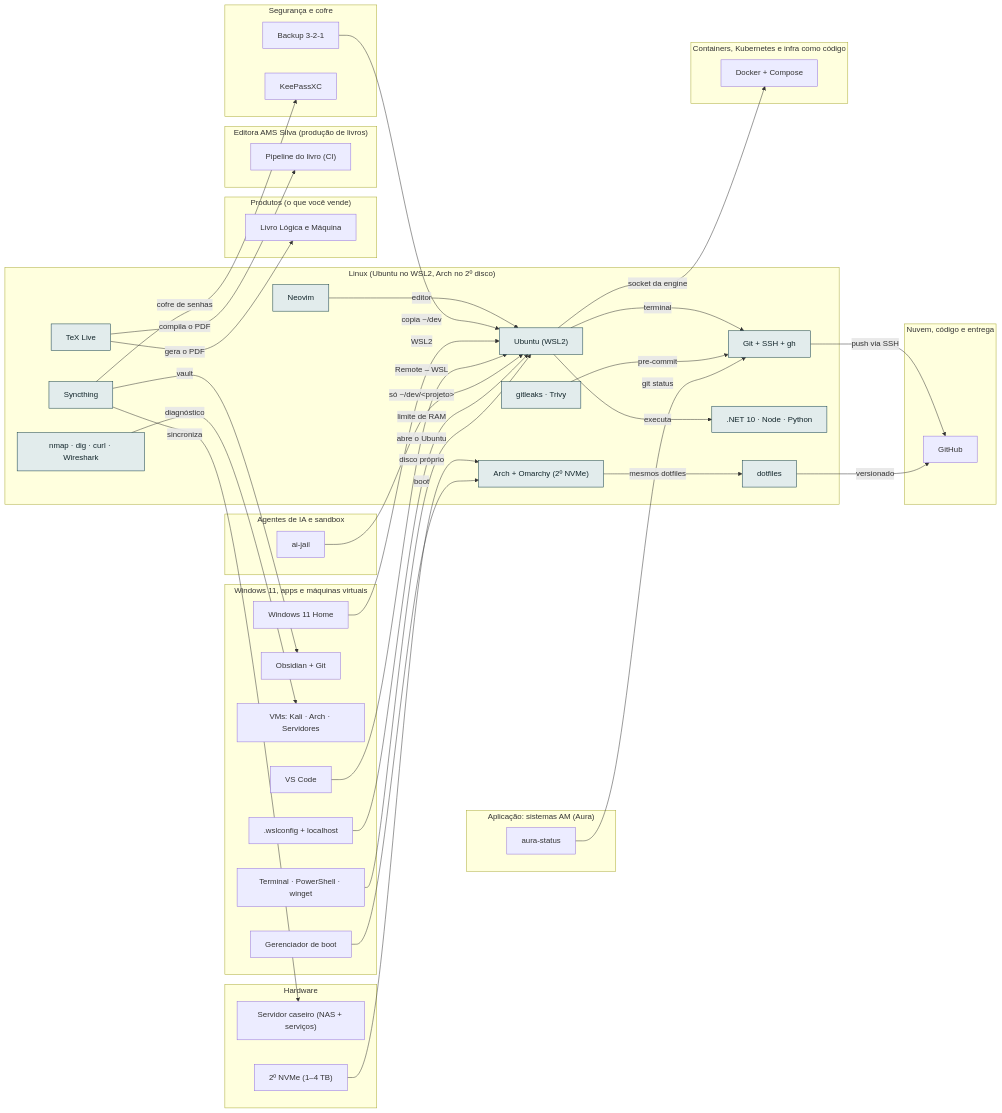
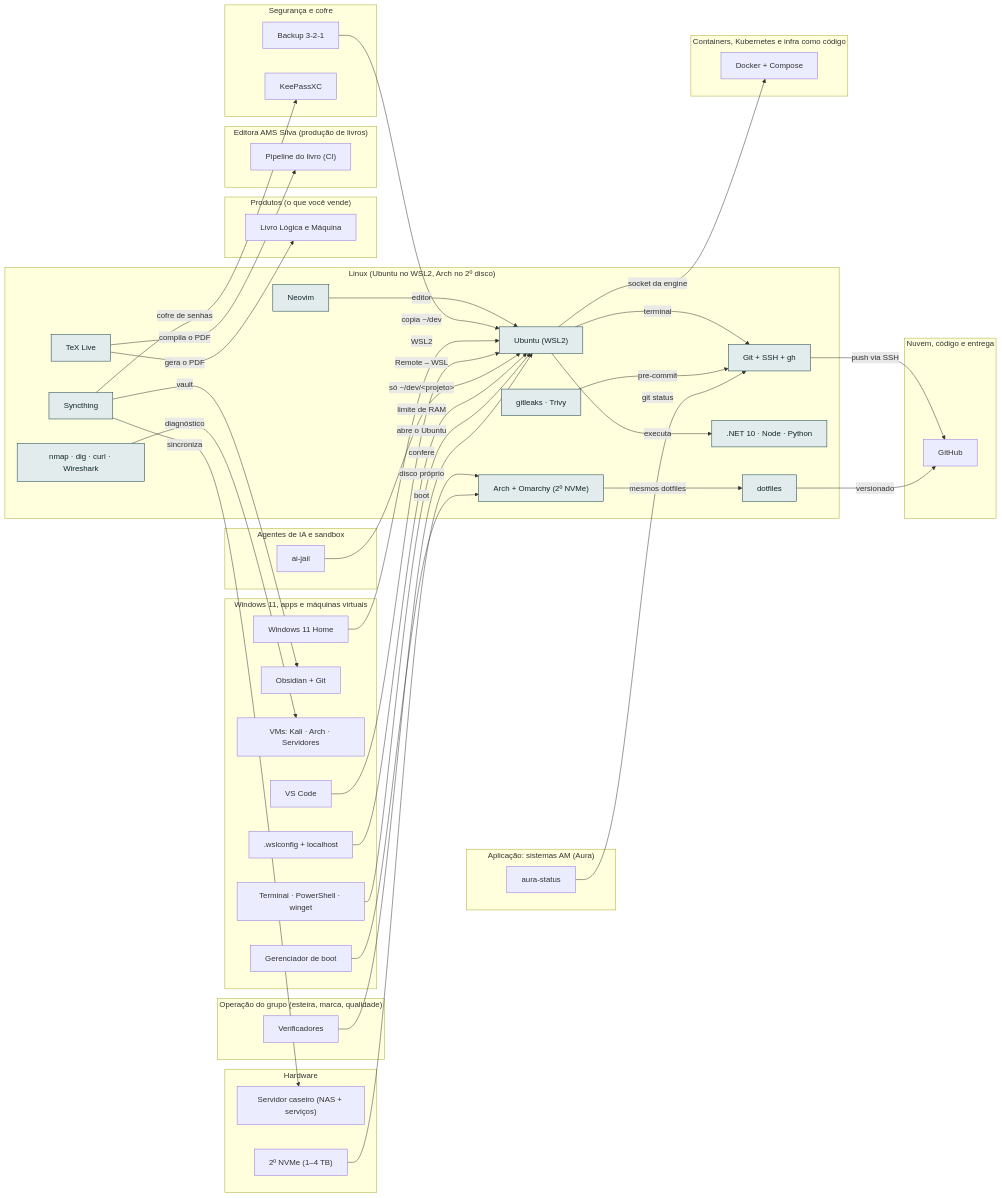
The diagram in docs/camadas/04-lin.md (AlanMateus17/dev-setup), drawn with Mermaid before and after one commit. The commit also changed other lines of this file and 41 other files, not shown here.

````diff
--- a/docs/camadas/04-lin.md
+++ b/docs/camadas/04-lin.md
@@ -14,75 +14,79 @@
 ```mermaid
 flowchart LR
   subgraph L_lin["Linux (Ubuntu no WSL2, Arch no 2º disco)"]
     n_nvim["Neovim"]
     n_netw["nmap · dig · curl · Wireshark"]
     n_wsl["Ubuntu (WSL2)"]
     n_git["Git + SSH + gh"]
     n_rt[".NET 10 · Node · Python"]
     n_tex["TeX Live"]
     n_sec["gitleaks · Trivy"]
     n_dot["dotfiles"]
     n_arch["Arch + Omarchy (2º NVMe)"]
     n_syncth["Syncthing"]
+  end
+  subgraph L_oper["Operação do grupo (esteira, marca, qualidade)"]
+    n_overif["Verificadores"]
   end
   subgraph L_prod["Produtos (o que você vende)"]
     n_livro["Livro Lógica e Máquina"]
   end
   subgraph L_editora["Editora AMS Silva (produção de livros)"]
     n_bci["Pipeline do livro (CI)"]
   end
   subgraph L_nuvem["Nuvem, código e entrega"]
     n_gh["GitHub"]
   end
   subgraph L_app["Aplicação: sistemas AM (Aura)"]
     n_status["aura-status"]
   end
   subgraph L_cnt["Containers, Kubernetes e infra como código"]
     n_docker["Docker + Compose"]
   end
   subgraph L_ia["Agentes de IA e sandbox"]
     n_jail["ai-jail"]
   end
   subgraph L_win["Windows 11, apps e máquinas virtuais"]
     n_boot["Gerenciador de boot"]
     n_obsd["Obsidian + Git"]
     n_vms["VMs: Kali · Arch · Servidores"]
     n_vsc["VS Code"]
     n_w11["Windows 11 Home"]
     n_wslcfg[".wslconfig + localhost"]
     n_wterm["Terminal · PowerShell · winget"]
   end
   subgraph L_seg["Segurança e cofre"]
     n_bkp["Backup 3-2-1"]
     n_kee["KeePassXC"]
   end
   subgraph L_hw["Hardware"]
     n_nas["Servidor caseiro (NAS + serviços)"]
     n_nvme["2º NVMe (1–4 TB)"]
   end
   n_nvim -->|"editor"| n_wsl
   n_netw -->|"diagnóstico"| n_vms
   n_wsl -->|"terminal"| n_git
   n_wsl -->|"executa"| n_rt
   n_wsl -->|"socket da engine"| n_docker
   n_bkp -->|"copia ~/dev"| n_wsl
   n_w11 -->|"WSL2"| n_wsl
   n_vsc -->|"Remote – WSL"| n_wsl
   n_jail -->|"só ~/dev/#lt;projeto#gt;"| n_wsl
   n_wslcfg -->|"limite de RAM"| n_wsl
   n_wterm -->|"abre o Ubuntu"| n_wsl
+  n_overif -->|"confere"| n_wsl
   n_git -->|"push via SSH"| n_gh
   n_sec -->|"pre-commit"| n_git
   n_status -->|"git status"| n_git
   n_tex -->|"gera o PDF"| n_livro
   n_tex -->|"compila o PDF"| n_bci
   n_dot -->|"versionado"| n_gh
   n_arch -->|"mesmos dotfiles"| n_dot
   n_nvme -->|"disco próprio"| n_arch
   n_boot -->|"boot"| n_arch
   n_syncth -->|"sincroniza"| n_nas
   n_syncth -->|"vault"| n_obsd
   n_syncth -->|"cofre de senhas"| n_kee
   classDef desta fill:#e2ecec,stroke:#0e3a45,color:#13262b
   class n_nvim,n_netw,n_wsl,n_git,n_rt,n_tex,n_sec,n_dot,n_arch,n_syncth desta
 ```
````
